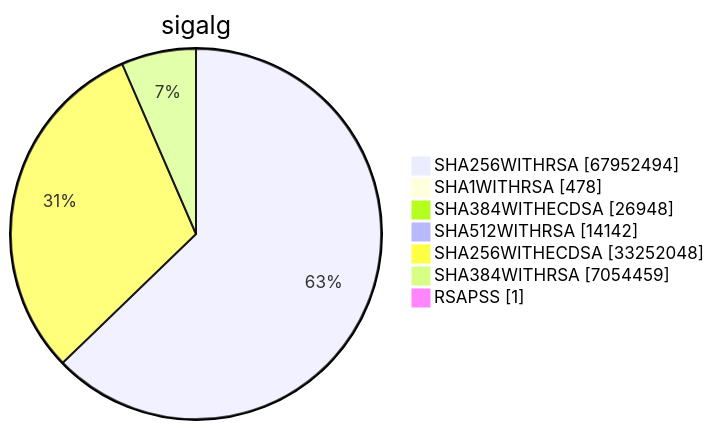
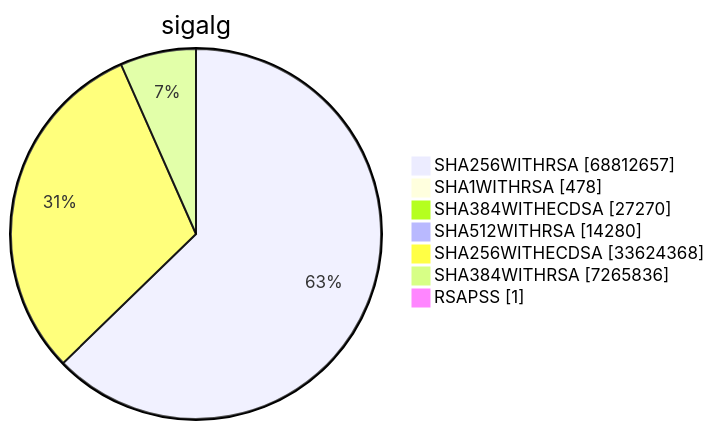
Before and after one commit to christiankrug/ctmonitor_visualization: diagram 15 of 15 in xenon2023/README.md, drawn with Mermaid. The commit also changed other lines of this file, not shown here.

````diff
--- a/xenon2023/README.md
+++ b/xenon2023/README.md
@@ -4484,11 +4492,11 @@
 ```mermaid
 pie showData
 title sigalg
-"SHA256WITHRSA" :67952494
+"SHA256WITHRSA" :68812657
 "SHA1WITHRSA" :478
-"SHA384WITHECDSA" :26948
-"SHA512WITHRSA" :14142
-"SHA256WITHECDSA" :33252048
-"SHA384WITHRSA" :7054459
+"SHA384WITHECDSA" :27270
+"SHA512WITHRSA" :14280
+"SHA256WITHECDSA" :33624368
+"SHA384WITHRSA" :7265836
 "RSAPSS" :1
 ```
````
